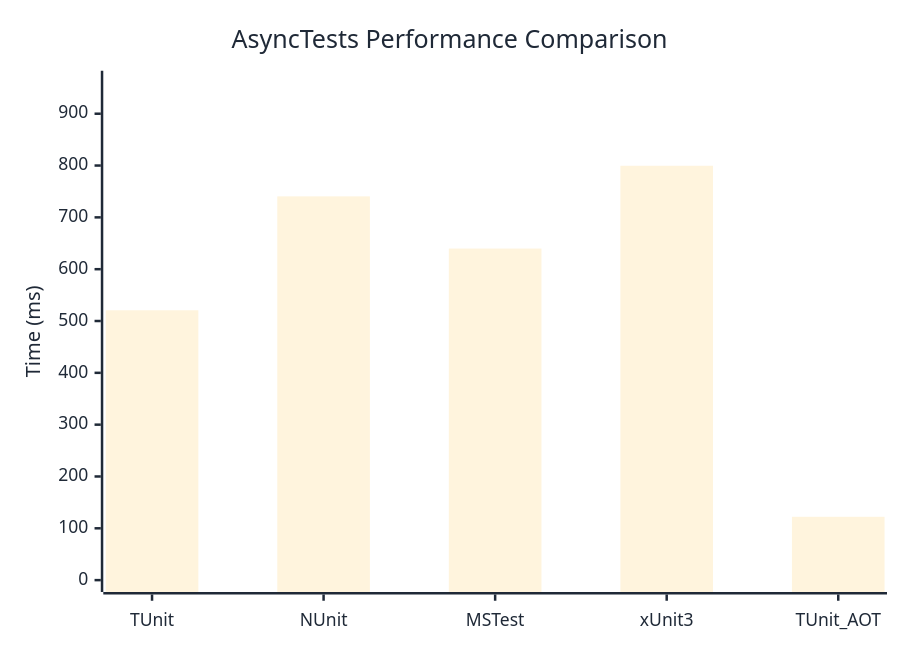
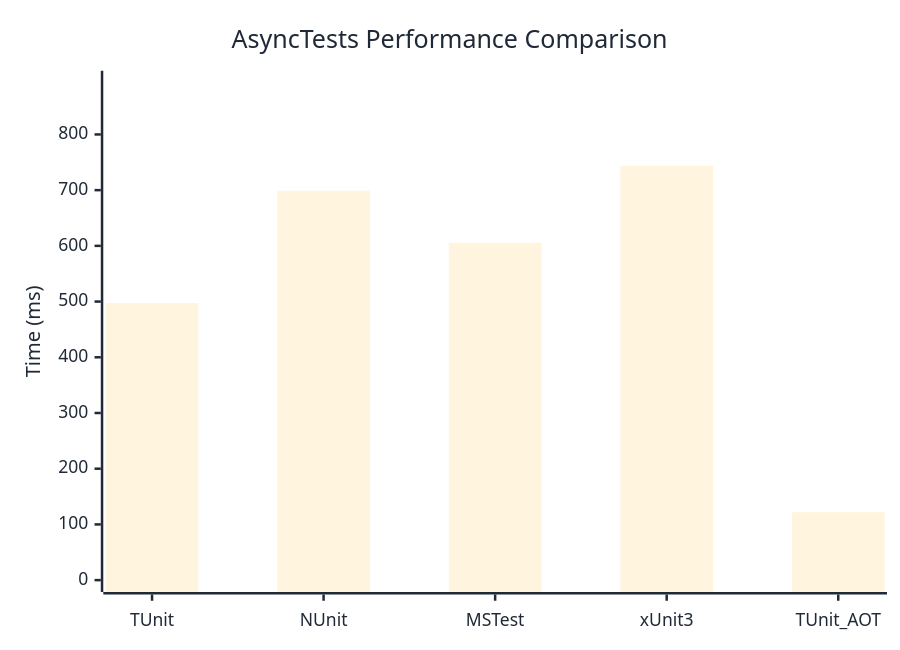
The diagram in docs/docs/benchmarks/AsyncTests.md (thomhurst/TUnit), drawn with Mermaid before and after one commit. The commit also changed other lines of this file and 17 other files, not shown here.

````diff
--- a/docs/docs/benchmarks/AsyncTests.md
+++ b/docs/docs/benchmarks/AsyncTests.md
@@ -27,37 +27,37 @@
 ```mermaid
 %%{init: {
   'theme':'base',
   'themeVariables': {
     'primaryColor': '#2563eb',
     'primaryTextColor': '#1f2937',
     'primaryBorderColor': '#1e40af',
     'lineColor': '#6b7280',
     'secondaryColor': '#7c3aed',
     'tertiaryColor': '#dc2626',
     'background': '#ffffff',
     'mainBkg': '#2563eb',
     'secondBkg': '#7c3aed',
     'tertiaryBkg': '#dc2626',
     'clusterBkg': '#f3f4f6',
     'edgeLabelBackground': '#ffffff',
     'tertiaryTextColor': '#1f2937',
     'pie1': '#2563eb',
     'pie2': '#7c3aed',
     'pie3': '#dc2626',
     'pie4': '#f59e0b',
     'pie5': '#10b981',
     'pie6': '#06b6d4',
     'pie7': '#ec4899',
     'pie8': '#6366f1',
     'pie9': '#84cc16',
     'pie10': '#f97316',
     'pie11': '#14b8a6',
     'pie12': '#a855f7'
   }
 }}%%
 xychart-beta
   title "AsyncTests Performance Comparison"
   x-axis ["TUnit", "NUnit", "MSTest", "xUnit3", "TUnit_AOT"]
-  y-axis "Time (ms)" 0 --> 960
-  bar [520.7, 740.5, 639.8, 799.6, 122.2]
+  y-axis "Time (ms)" 0 --> 893
+  bar [497.2, 698.9, 605.6, 743.7, 121.9]
 ```
````
